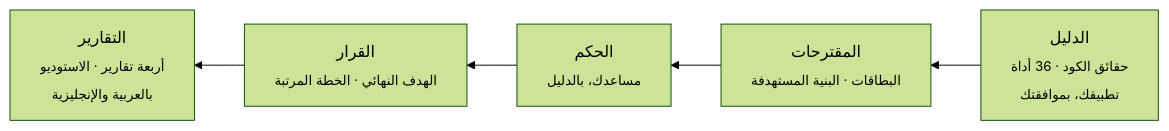
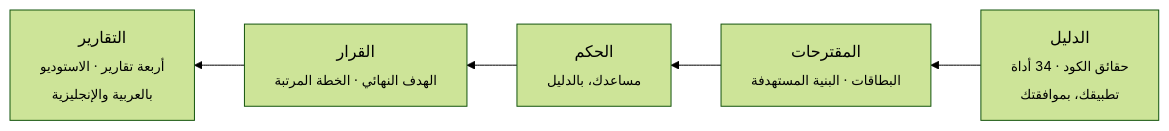
Before and after one commit to eom1417/engineering-audit-os: the diagram in README.ar.md, drawn with Mermaid (forest theme). The commit also changed other lines of this file and 35 other files, not shown here.

````diff
--- a/README.ar.md
+++ b/README.ar.md
@@ -112,7 +112,7 @@
 ```mermaid
 flowchart RL
-  A["الدليل<br/><sub>حقائق الكود · 36 أداة<br/>تطبيقك، بموافقتك</sub>"] --> B["المقترحات<br/><sub>البطاقات · البنية المستهدفة</sub>"]
+  A["الدليل<br/><sub>حقائق الكود · 34 أداة<br/>تطبيقك، بموافقتك</sub>"] --> B["المقترحات<br/><sub>البطاقات · البنية المستهدفة</sub>"]
   B --> C["الحكم<br/><sub>مساعدك، بالدليل</sub>"]
   C --> D["القرار<br/><sub>الهدف النهائي · الخطة المرتبة</sub>"]
   D --> E["التقارير<br/><sub>أربعة تقارير · الاستوديو<br/>بالعربية والإنجليزية</sub>"]
 ```
````
